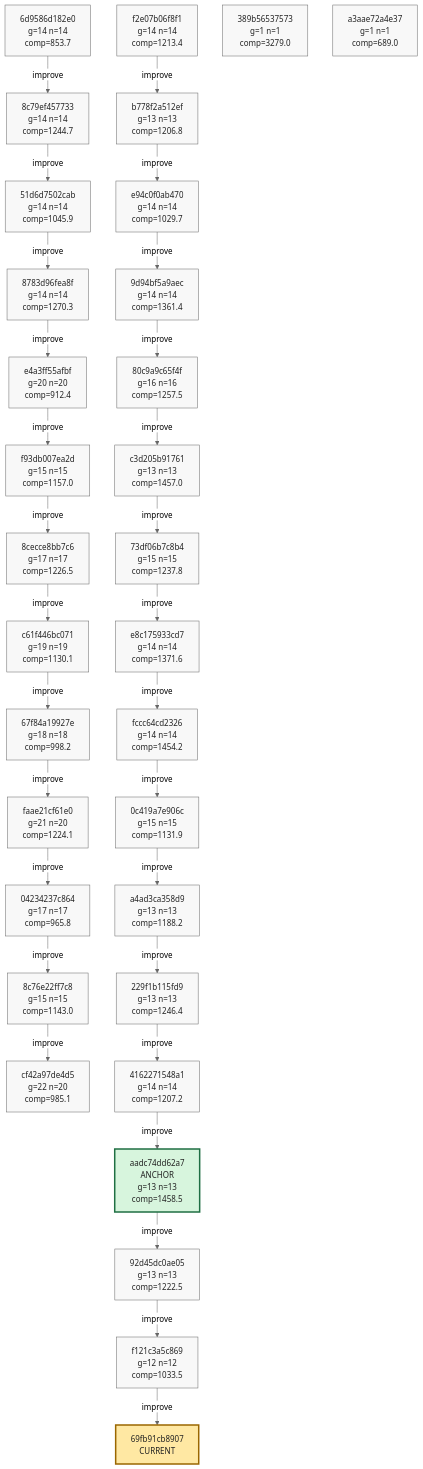
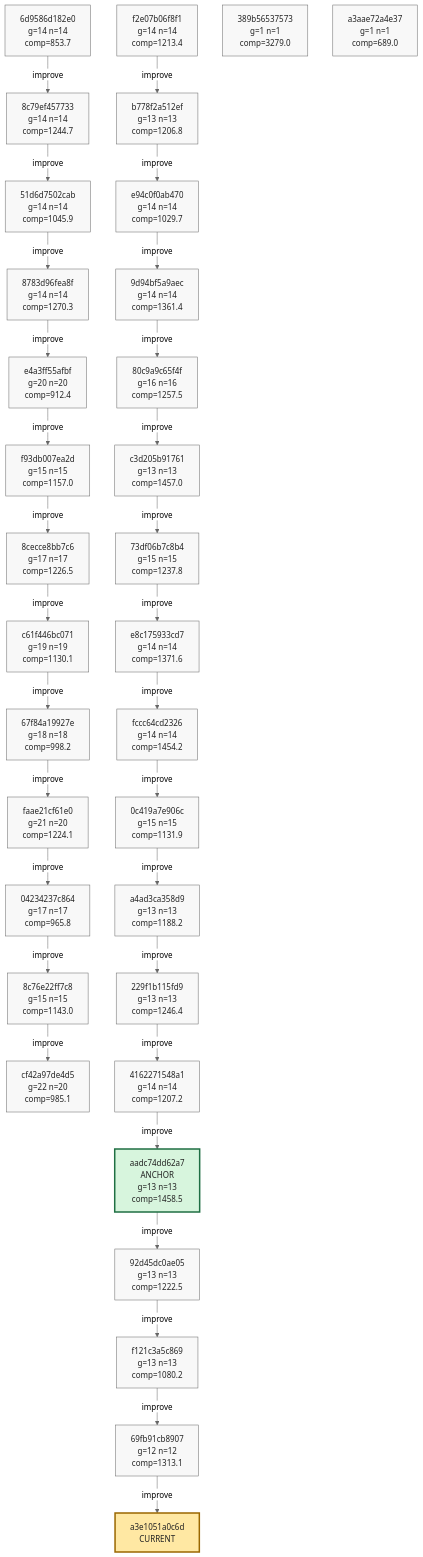
One commit to azumag/soviet_now changed the eighth of 8 diagrams in phyrogenetic-tree.md. Above: the diagram before and after it, drawn with Mermaid (neutral theme). The commit also changed other lines of this file and 2 other files, not shown here.

Commit message:
eloop Improve after 12 games (scores: 1864 1213 1946 1339 1113 1917 1097 2104 757 1541 1517 1025)

````diff
--- a/phyrogenetic-tree.md
+++ b/phyrogenetic-tree.md
@@ -1941,10 +1942,11 @@
     h_4162271548a1["4162271548a1<br/>g=14 n=14<br/>comp=1207.2"]
     h_aadc74dd62a7["aadc74dd62a7<br/>ANCHOR<br/>g=13 n=13<br/>comp=1458.5"]
     h_92d45dc0ae05["92d45dc0ae05<br/>g=13 n=13<br/>comp=1222.5"]
-    h_f121c3a5c869["f121c3a5c869<br/>g=12 n=12<br/>comp=1033.5"]
+    h_f121c3a5c869["f121c3a5c869<br/>g=13 n=13<br/>comp=1080.2"]
+    h_69fb91cb8907["69fb91cb8907<br/>g=12 n=12<br/>comp=1313.1"]
     h_389b56537573["389b56537573<br/>g=1 n=1<br/>comp=3279.0"]
     h_a3aae72a4e37["a3aae72a4e37<br/>g=1 n=1<br/>comp=689.0"]
-    h_69fb91cb8907["69fb91cb8907<br/>CURRENT"]
+    h_a3e1051a0c6d["a3e1051a0c6d<br/>CURRENT"]
 
     h_6d9586d182e0 -->|improve| h_8c79ef457733
     h_8c79ef457733 -->|improve| h_51d6d7502cab
@@ -1974,6 +1976,7 @@
     h_aadc74dd62a7 -->|improve| h_92d45dc0ae05
     h_92d45dc0ae05 -->|improve| h_f121c3a5c869
     h_f121c3a5c869 -->|improve| h_69fb91cb8907
+    h_69fb91cb8907 -->|improve| h_a3e1051a0c6d
 
     classDef plain fill:#f8f8f8,stroke:#666,stroke-width:1px,color:#222;
     classDef current fill:#ffe8a3,stroke:#9a6700,stroke-width:3px,color:#222;
@@ -2009,7 +2012,8 @@
     class h_aadc74dd62a7 anchor;
     class h_92d45dc0ae05 plain;
     class h_f121c3a5c869 plain;
+    class h_69fb91cb8907 plain;
     class h_389b56537573 plain;
     class h_a3aae72a4e37 plain;
-    class h_69fb91cb8907 current;
+    class h_a3e1051a0c6d current;
 ```
````
